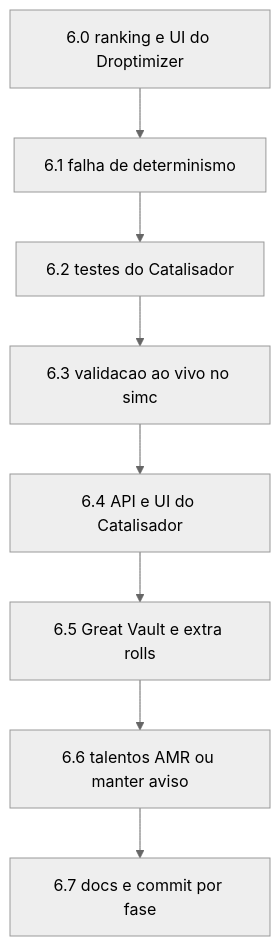
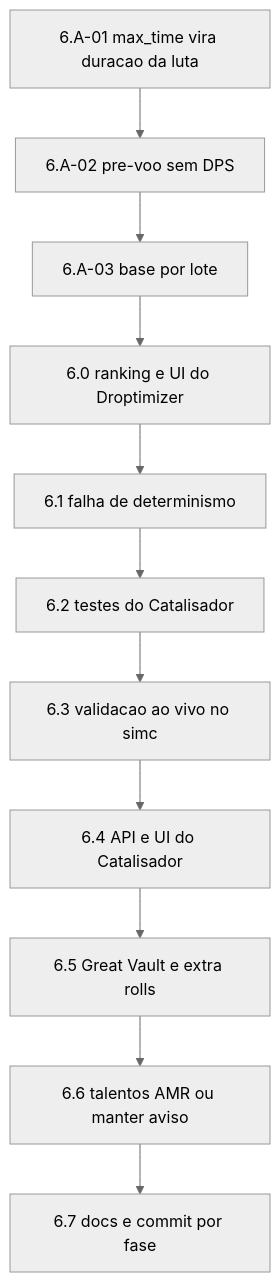
The diagram in docs/PLANO-CONTINUIDADE.md (carlosfylho-hub/WoW-Simulator), drawn with Mermaid (neutral theme) before and after one commit.

Commit message:
docs: ordem de execucao inclui os achados da auditoria
Claude-Session: https://claude.ai/code/session_01FFsVww1KC3xAJQkPYDgXYX

````diff
--- a/docs/PLANO-CONTINUIDADE.md
+++ b/docs/PLANO-CONTINUIDADE.md
@@ -643,10 +643,13 @@
 ```mermaid
 flowchart TD
-  Z[6.0 ranking e UI do Droptimizer] --> A[6.1 falha de determinismo]
+  W[6.A-01 max_time vira duracao da luta] --> X[6.A-02 pre-voo sem DPS]
+  X --> Y[6.A-03 base por lote]
+  Y --> Z[6.0 ranking e UI do Droptimizer]
+  Z --> A[6.1 falha de determinismo]
   A --> B[6.2 testes do Catalisador]
   B --> C[6.3 validacao ao vivo no simc]
   C --> D[6.4 API e UI do Catalisador]
   D --> E[6.5 Great Vault e extra rolls]
   E --> F[6.6 talentos AMR ou manter aviso]
   F --> G[6.7 docs e commit por fase]
 ```
````
